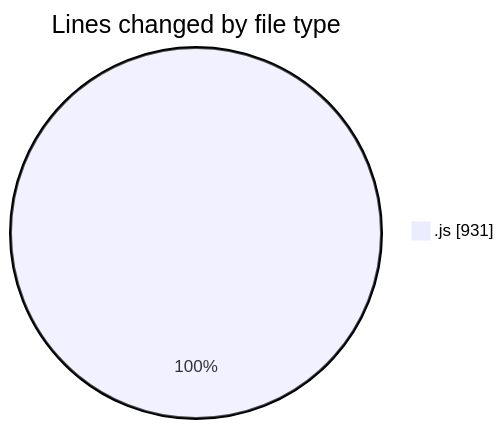
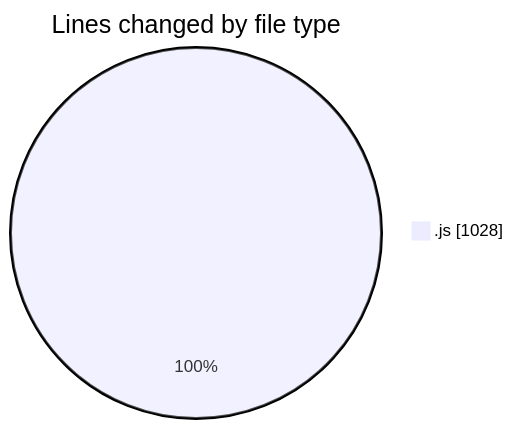
Before and after one commit to nxtqubesakshisongat/code-tracking: the first of 2 diagrams in 2025-11-04/nxtqube_webapp/README.md, drawn with Mermaid. The commit also changed other lines of this file and 1 other file, not shown here.

````diff
--- a/2025-11-04/nxtqube_webapp/README.md
+++ b/2025-11-04/nxtqube_webapp/README.md
@@ -23,5 +24,5 @@
 ```mermaid
 pie showData
 title Lines changed by file type
-".js" : 931
+".js" : 1028
 ```
````
